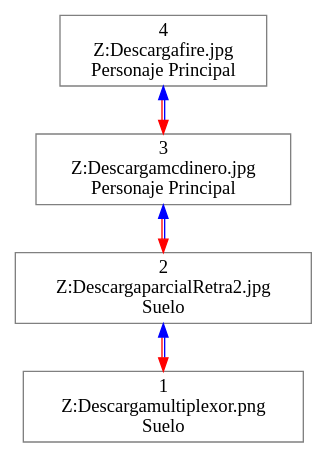
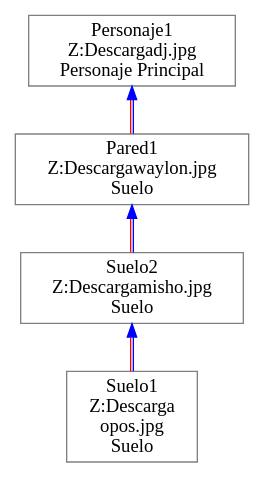
One commit to ErickTejaxun/Practica1s22015_201213050 changed the diagram in objetos.dot. Above: the diagram before and after it, drawn with Graphviz. The commit also changed 9 other files, not shown here.

```diff
--- a/objetos.dot
+++ b/objetos.dot
@@ -1,17 +1,17 @@
-digraph ColaAtencion {node [dir=both,shape=polygon, fontcolor="Black", height=0.5, color="Grey"]edge [color="blue",dir=both color="blue:red"]rankdir=BT
-"1
-Z:\Descarga\multiplexor.png
-Suelo"-> "2
-Z:\Descarga\parcialRetra2.jpg
+digraph ColaAtencion {node [dir=both,shape=polygon, fontcolor="Black", height=0.5, color="Grey"]edge [color="blue", color="blue:red"]rankdir=BT
+"Suelo1
+Z:\Descarga\nopos.jpg
+Suelo"-> "Suelo2
+Z:\Descarga\misho.jpg
 Suelo"
-"2
-Z:\Descarga\parcialRetra2.jpg
-Suelo"-> "3
-Z:\Descarga\mcdinero.jpg
-Personaje Principal"
-"3
-Z:\Descarga\mcdinero.jpg
-Personaje Principal"-> "4
-Z:\Descarga\fire.jpg
+"Suelo2
+Z:\Descarga\misho.jpg
+Suelo"-> "Pared1
+Z:\Descarga\waylon.jpg
+Suelo"
+"Pared1
+Z:\Descarga\waylon.jpg
+Suelo"-> "Personaje1
+Z:\Descarga\dj.jpg
 Personaje Principal"
 }
```
